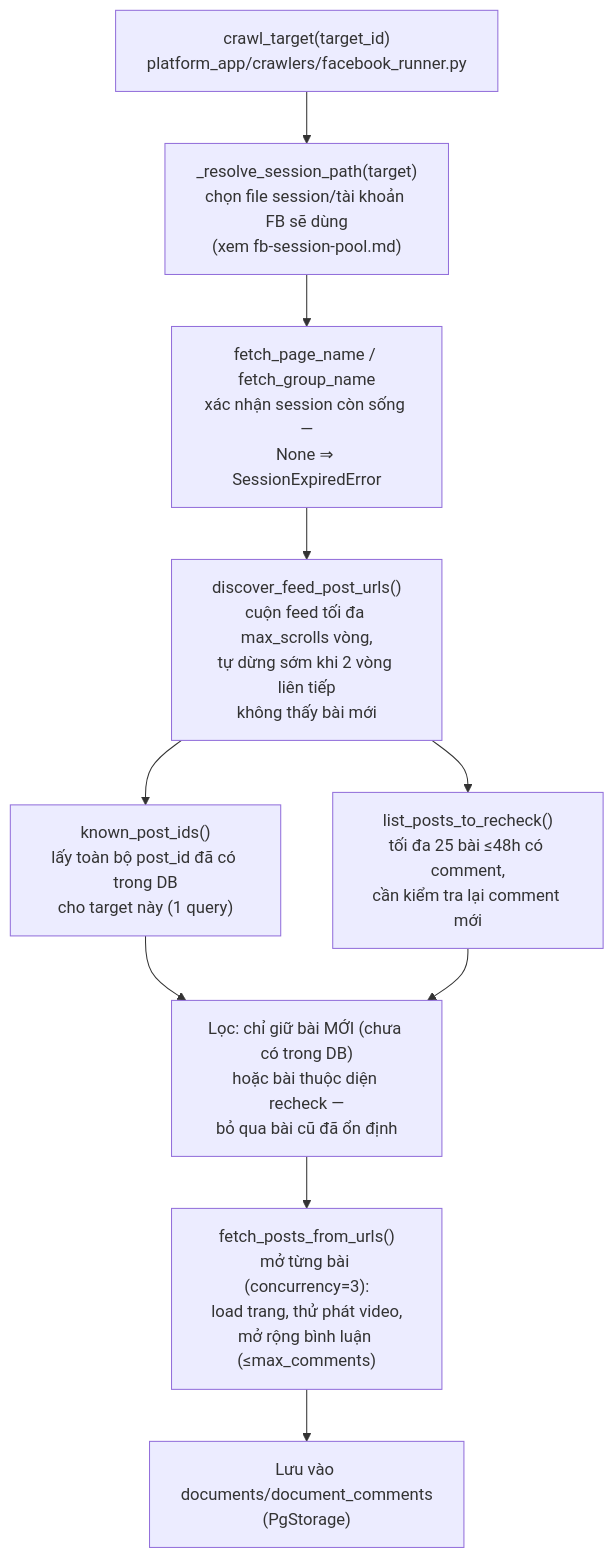
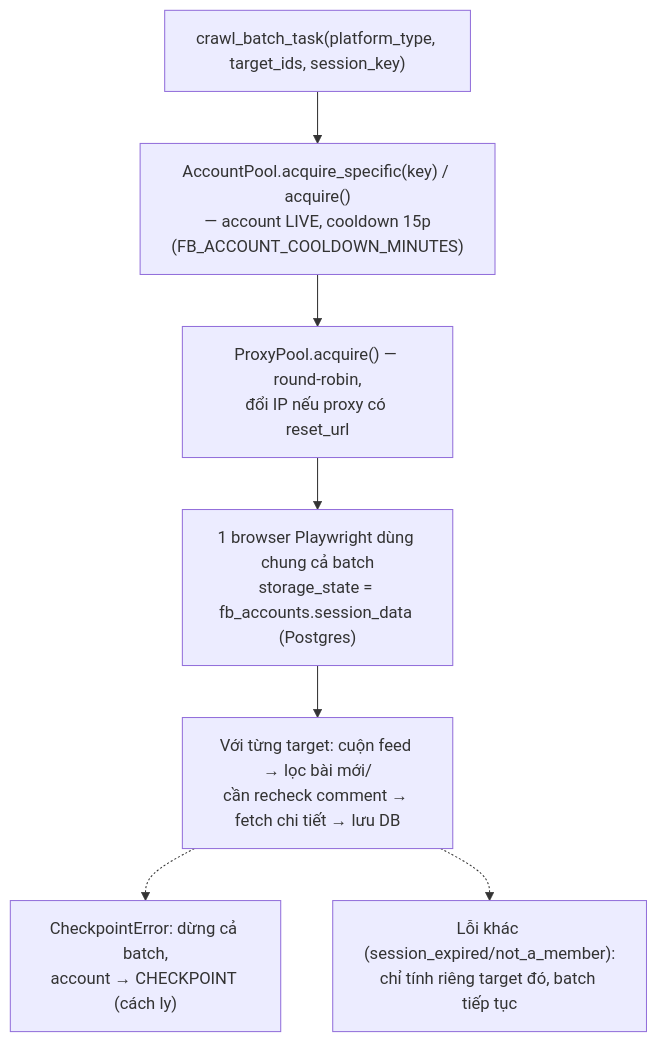
Before and after one commit to ctkai01/clawler_platform: the third of 4 diagrams in docs/dag-flow.md, drawn with Mermaid. The commit also changed other lines of this file, not shown here.

First line of the commit message:
Rewrite dag-flow.md to match the RabbitMQ/AccountPool architecture

````diff
--- a/docs/dag-flow.md
+++ b/docs/dag-flow.md
@@ -65,19 +77,14 @@
 ```mermaid
 flowchart TD
-    A["crawl_target(target_id)<br/>platform_app/crawlers/facebook_runner.py"]
-    B["_resolve_session_path(target)<br/>chọn file session/tài khoản FB sẽ dùng<br/>(xem fb-session-pool.md)"]
-    C["fetch_page_name / fetch_group_name<br/>xác nhận session còn sống —<br/>None ⇒ SessionExpiredError"]
-    D["discover_feed_post_urls()<br/>cuộn feed tối đa max_scrolls vòng,<br/>tự dừng sớm khi 2 vòng liên tiếp<br/>không thấy bài mới"]
-    E["known_post_ids()<br/>lấy toàn bộ post_id đã có trong DB<br/>cho target này (1 query)"]
-    F["list_posts_to_recheck()<br/>tối đa 25 bài ≤48h có comment,<br/>cần kiểm tra lại comment mới"]
-    G["Lọc: chỉ giữ bài MỚI (chưa có trong DB)<br/>hoặc bài thuộc diện recheck —<br/>bỏ qua bài cũ đã ổn định"]
-    H["fetch_posts_from_urls()<br/>mở từng bài (concurrency=3):<br/>load trang, thử phát video,<br/>mở rộng bình luận (≤max_comments)"]
-    I["Lưu vào documents/document_comments<br/>(PgStorage)"]
+    A["crawl_batch_task(platform_type, target_ids, session_key)"]
+    B["AccountPool.acquire_specific(key) / acquire()<br/>— account LIVE, cooldown 15p<br/>(FB_ACCOUNT_COOLDOWN_MINUTES)"]
+    C["ProxyPool.acquire() — round-robin,<br/>đổi IP nếu proxy có reset_url"]
+    D["1 browser Playwright dùng chung cả batch<br/>storage_state = fb_accounts.session_data (Postgres)"]
+    E["Với từng target: cuộn feed → lọc bài mới/<br/>cần recheck comment → fetch chi tiết → lưu DB"]
+    F["CheckpointError: dừng cả batch,<br/>account → CHECKPOINT (cách ly)"]
+    G["Lỗi khác (session_expired/not_a_member):<br/>chỉ tính riêng target đó, batch tiếp tục"]
 
-    A --> B --> C --> D
-    D --> E
-    D --> F
-    E --> G
-    F --> G
-    G --> H --> I
+    A --> B --> C --> D --> E
+    E -.-> F
+    E -.-> G
 ```
````
